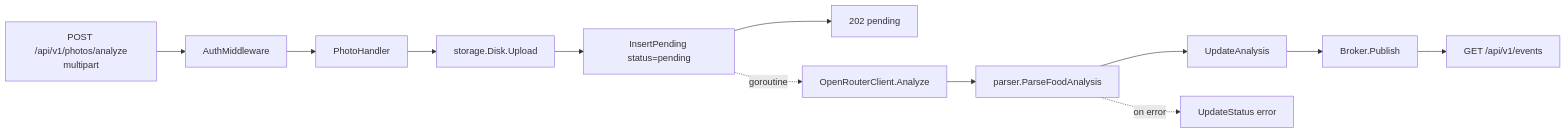
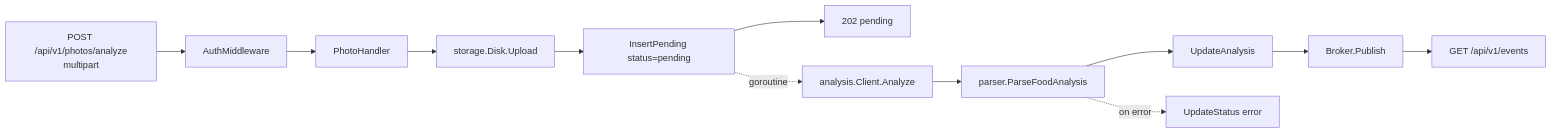
The third of 4 diagrams in docs/05-architecture.md (fedor-resh/macros-count-app), drawn with Mermaid before and after one commit. The commit also changed other lines of this file and 15 other files, not shown here.

````diff
--- a/docs/05-architecture.md
+++ b/docs/05-architecture.md
@@ -89,14 +89,14 @@
 ```mermaid
 graph LR
     Req[POST /api/v1/photos/analyze<br/>multipart] --> AuthMw[AuthMiddleware]
     AuthMw --> Photo[PhotoHandler]
     Photo --> Disk[storage.Disk.Upload]
     Disk --> DB1[InsertPending status=pending]
     DB1 --> Resp[202 pending]
-    DB1 -. goroutine .-> LLM[OpenRouterClient.Analyze]
+    DB1 -. goroutine .-> LLM[analysis.Client.Analyze]
     LLM --> Parser[parser.ParseFoodAnalysis]
     Parser --> DB2[UpdateAnalysis]
     Parser -. on error .-> DBErr[UpdateStatus error]
     DB2 --> SSE[Broker.Publish]
     SSE --> Client[GET /api/v1/events]
 ```
````
